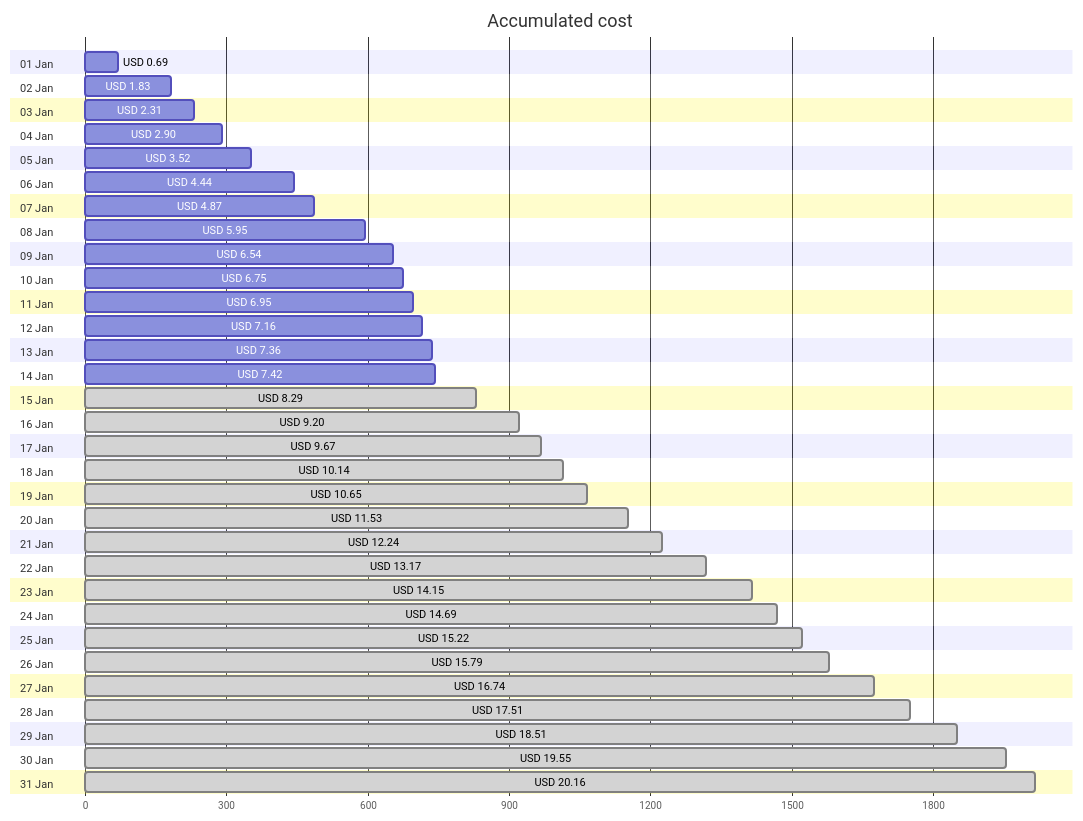
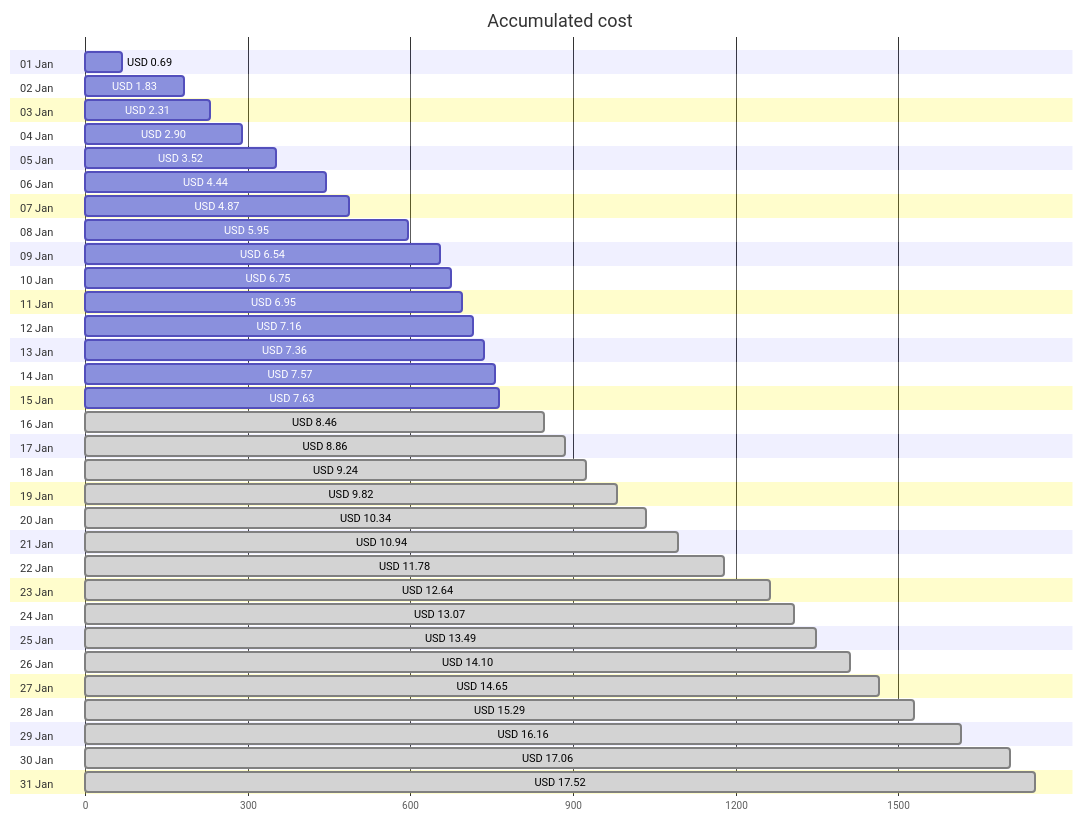
Before and after one commit to jpfulton/azure-personal-reports: the first of 4 diagrams in cost-reports/personal-network/vpn-server.md, drawn with Mermaid. The commit also changed other lines of this file and 8 other files, not shown here.

````diff
--- a/cost-reports/personal-network/vpn-server.md
+++ b/cost-reports/personal-network/vpn-server.md
@@ -20,68 +20,68 @@
 ```mermaid
 gantt
    title Accumulated cost
    dateFormat  X
    axisFormat %s
    section 01 Jan
    USD 0.69 :0, 69
    section 02 Jan
    USD 1.83 :0, 183
    section 03 Jan
    USD 2.31 :0, 231
    section 04 Jan
    USD 2.90 :0, 290
    section 05 Jan
    USD 3.52 :0, 352
    section 06 Jan
    USD 4.44 :0, 444
    section 07 Jan
    USD 4.87 :0, 487
    section 08 Jan
    USD 5.95 :0, 595
    section 09 Jan
    USD 6.54 :0, 654
    section 10 Jan
    USD 6.75 :0, 675
    section 11 Jan
    USD 6.95 :0, 695
    section 12 Jan
    USD 7.16 :0, 716
    section 13 Jan
    USD 7.36 :0, 736
    section 14 Jan
-   USD 7.42 :0, 742
+   USD 7.57 :0, 757
    section 15 Jan
-   USD 8.29 : done, 0, 829
+   USD 7.63 :0, 763
    section 16 Jan
-   USD 9.20 : done, 0, 920
+   USD 8.46 : done, 0, 846
    section 17 Jan
-   USD 9.67 : done, 0, 967
+   USD 8.86 : done, 0, 886
    section 18 Jan
-   USD 10.14 : done, 0, 1014
+   USD 9.24 : done, 0, 924
    section 19 Jan
-   USD 10.65 : done, 0, 1065
+   USD 9.82 : done, 0, 982
    section 20 Jan
-   USD 11.53 : done, 0, 1153
+   USD 10.34 : done, 0, 1034
    section 21 Jan
-   USD 12.24 : done, 0, 1224
+   USD 10.94 : done, 0, 1094
    section 22 Jan
-   USD 13.17 : done, 0, 1317
+   USD 11.78 : done, 0, 1178
    section 23 Jan
-   USD 14.15 : done, 0, 1415
+   USD 12.64 : done, 0, 1264
    section 24 Jan
-   USD 14.69 : done, 0, 1469
+   USD 13.07 : done, 0, 1307
    section 25 Jan
-   USD 15.22 : done, 0, 1522
+   USD 13.49 : done, 0, 1349
    section 26 Jan
-   USD 15.79 : done, 0, 1579
+   USD 14.10 : done, 0, 1410
    section 27 Jan
-   USD 16.74 : done, 0, 1674
+   USD 14.65 : done, 0, 1465
    section 28 Jan
-   USD 17.51 : done, 0, 1751
+   USD 15.29 : done, 0, 1529
    section 29 Jan
-   USD 18.51 : done, 0, 1851
+   USD 16.16 : done, 0, 1616
    section 30 Jan
-   USD 19.55 : done, 0, 1955
+   USD 17.06 : done, 0, 1706
    section 31 Jan
-   USD 20.16 : done, 0, 2016
+   USD 17.52 : done, 0, 1752
 ```
````
